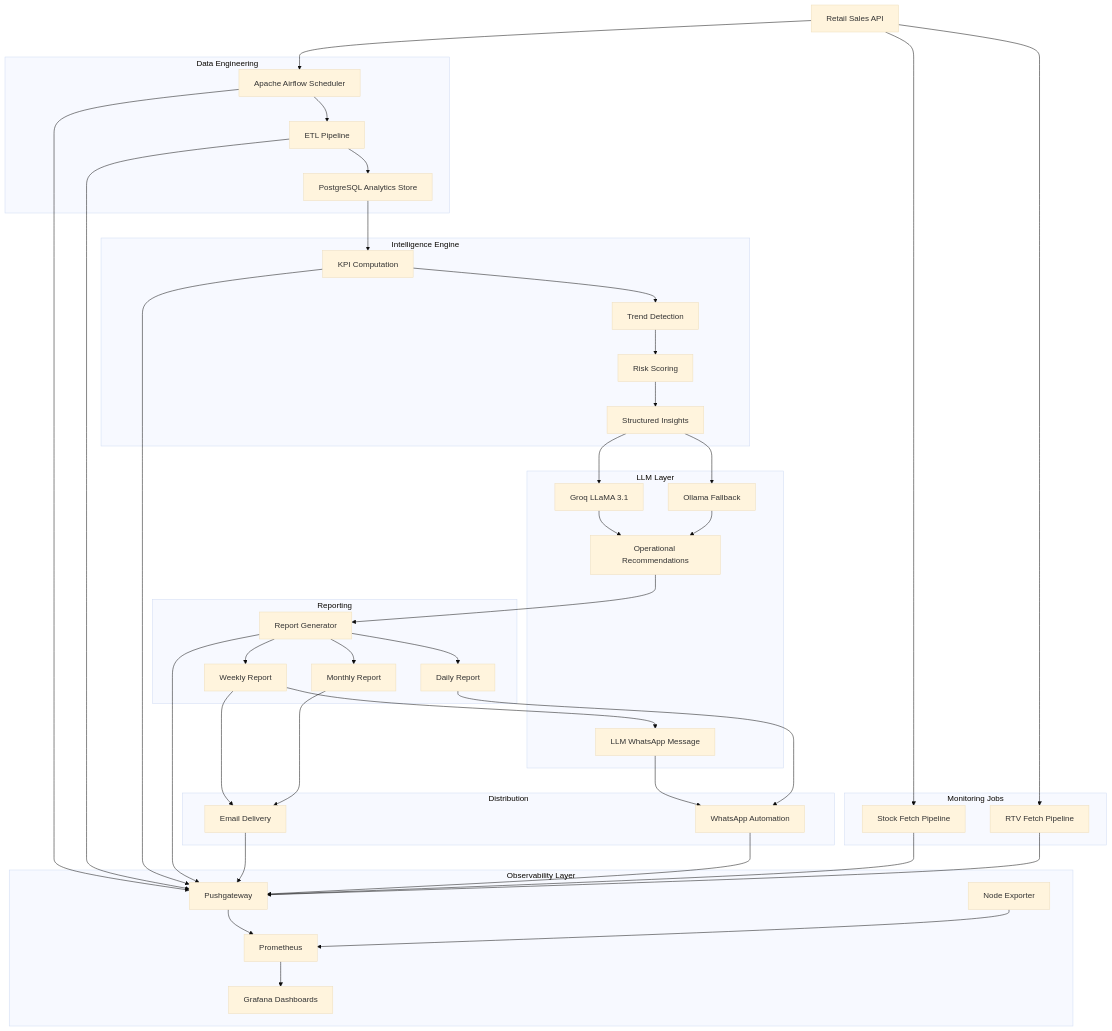
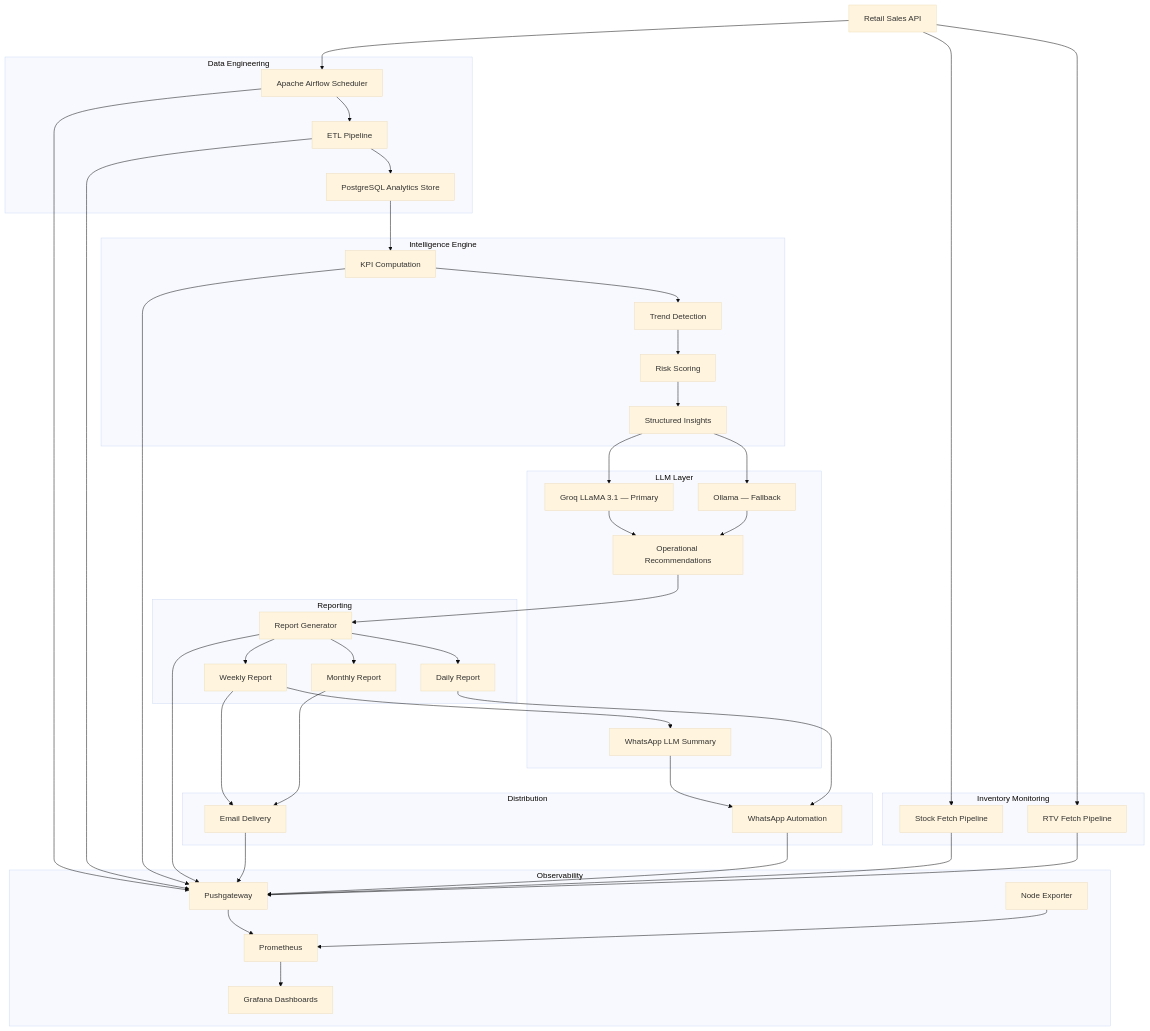
Before and after one commit to SominZex/sales_analysis_algorithm: the first of 2 diagrams in readme.md, drawn with Mermaid (base theme). The commit also changed other lines of this file, not shown here.

```diff
--- a/readme.md
+++ b/readme.md
@@ -26,10 +61,10 @@
 end
 
 subgraph LLM Layer
-I[Groq LLaMA 3.1]
-J[Ollama Fallback]
+I[Groq LLaMA 3.1 — Primary]
+J[Ollama — Fallback]
 K[Operational Recommendations]
-W[LLM WhatsApp Message]
+W[WhatsApp LLM Summary]
 end
 
 subgraph Reporting
@@ -44,12 +79,12 @@
 Q[WhatsApp Automation]
 end
 
-subgraph Monitoring Jobs
+subgraph Inventory Monitoring
 X[Stock Fetch Pipeline]
 Y[RTV Fetch Pipeline]
 end
 
-subgraph Observability Layer
+subgraph Observability
 R[Prometheus]
 S[Pushgateway]
 T[Node Exporter]
@@ -69,26 +104,21 @@
 H --> J
 I --> K
 J --> K
-
 K --> L
 
 L --> M
 L --> N
 L --> O
 
-%% Notifications
 N --> W
 W --> Q
-
 M --> Q
 N --> P
 O --> P
 
-%% Monitoring jobs
 A --> X
 A --> Y
 
-%% Observability flows
 B --> S
 C --> S
 E --> S
```
